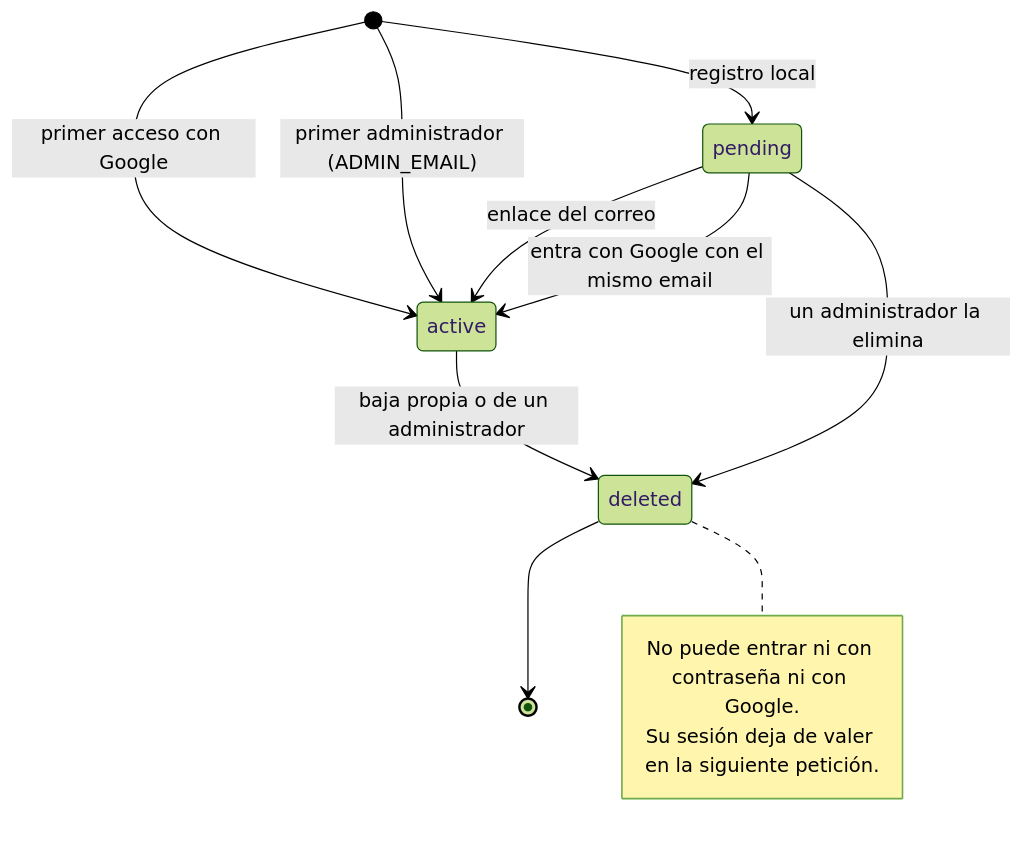
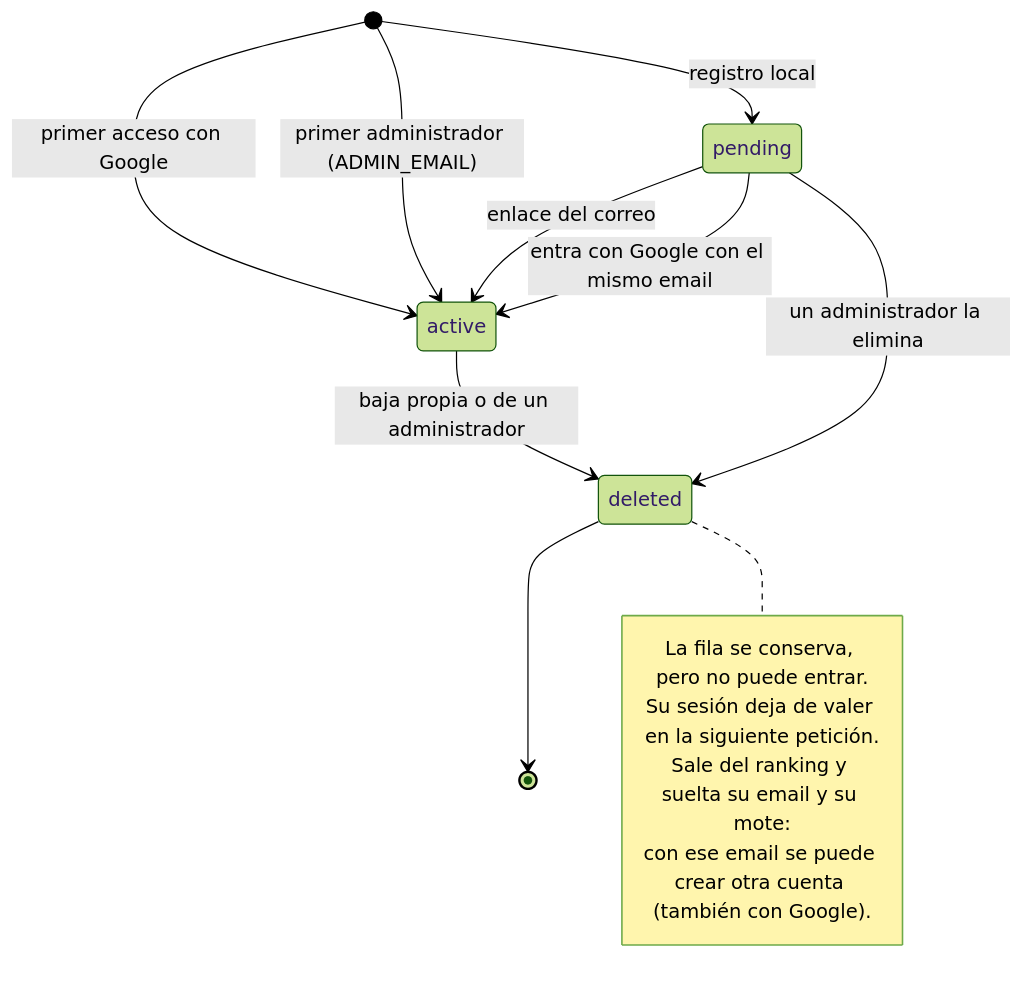
One commit to VelaElDios/la-grada-colchonera-saas changed the fifth of 20 diagrams in docs/documentacion-tecnica.md. Above: the diagram before and after it, drawn with Mermaid (forest theme). The commit also changed other lines of this file and 18 other files, not shown here.

Commit message:
Arreglo: tras eliminar la cuenta se puede volver con el mismo email o con Google

````diff
--- a/docs/documentacion-tecnica.md
+++ b/docs/documentacion-tecnica.md
@@ -366,15 +366,17 @@
 ```mermaid
 stateDiagram-v2
     [*] --> pending: registro local
     [*] --> active: primer acceso con Google
     [*] --> active: primer administrador (ADMIN_EMAIL)
     pending --> active: enlace del correo
     pending --> active: entra con Google con el mismo email
     active --> deleted: baja propia o de un administrador
     pending --> deleted: un administrador la elimina
     deleted --> [*]
     note right of deleted
-        No puede entrar ni con contraseña ni con Google.
+        La fila se conserva, pero no puede entrar.
         Su sesión deja de valer en la siguiente petición.
+        Sale del ranking y suelta su email y su mote:
+        con ese email se puede crear otra cuenta (también con Google).
     end note
 ```
````
